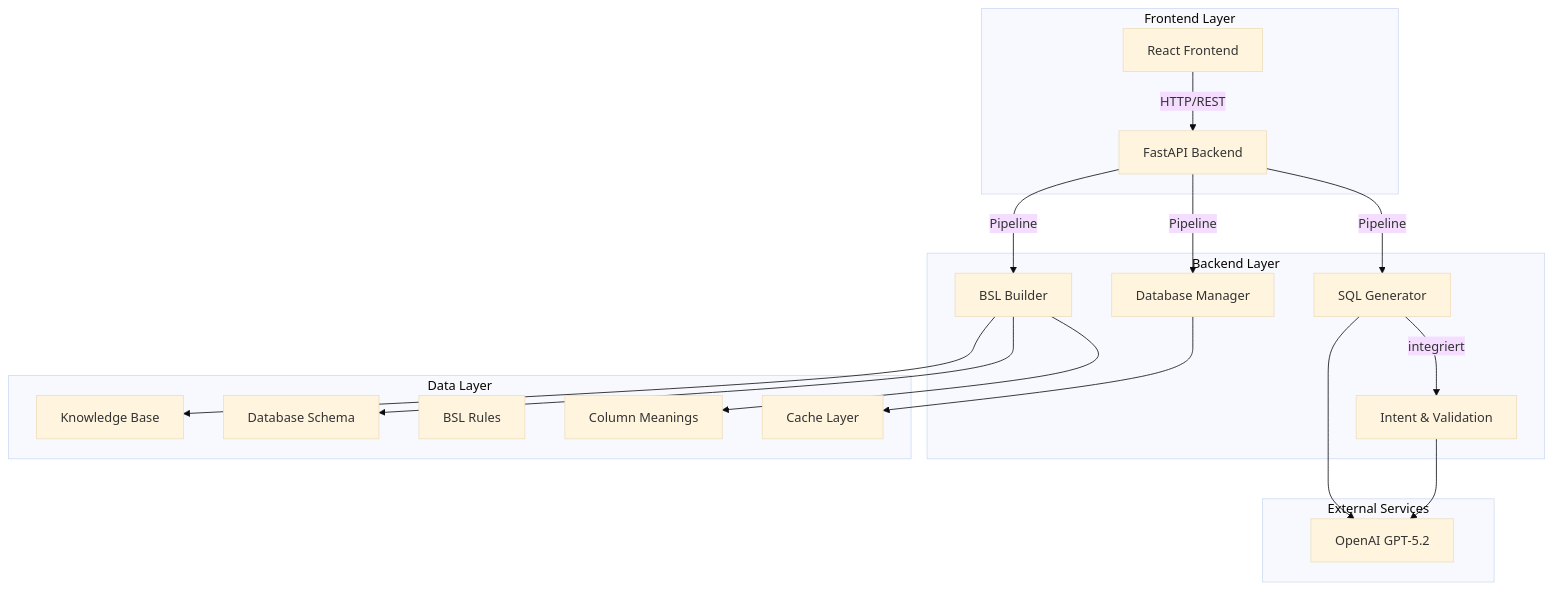
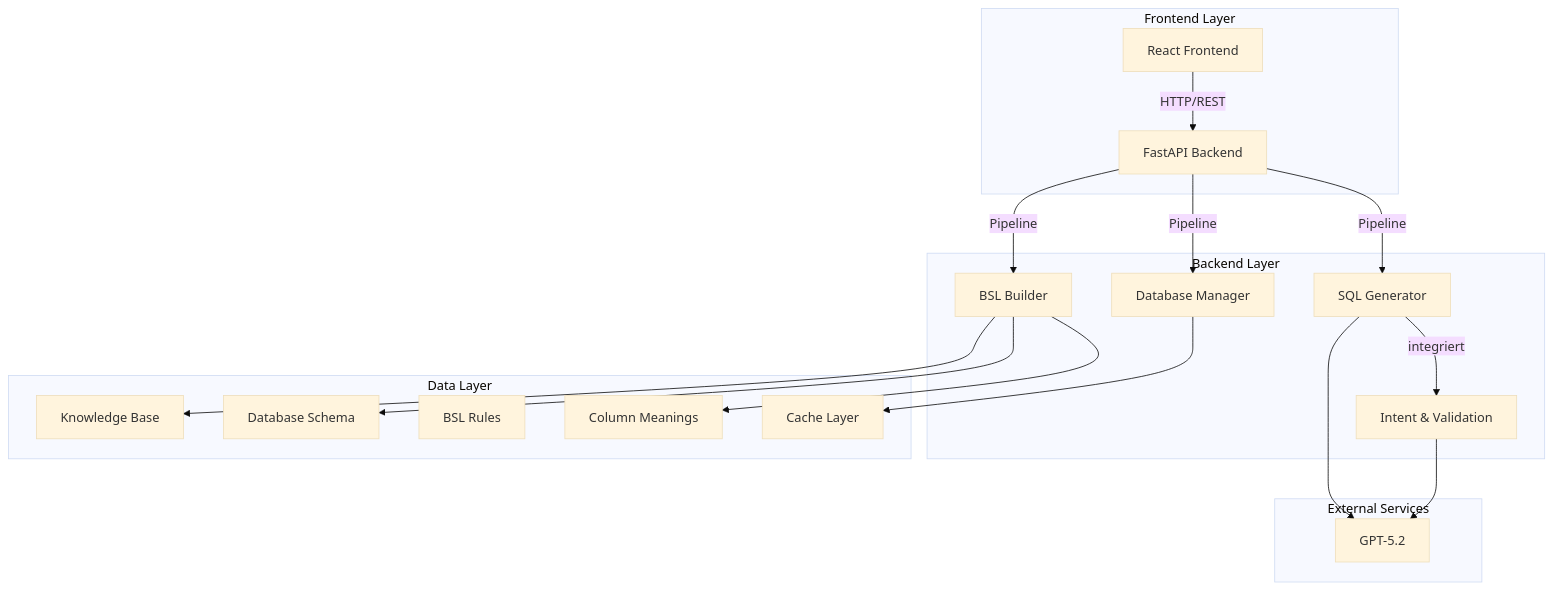
One commit to JoelRai07/Projekt-Vetter-SQL changed the first of 5 diagrams in docs/PROJEKT_ABGABE.md. Above: the diagram before and after it, drawn with Mermaid (base theme). The commit also changed other lines of this file and 2 other files, not shown here.

````diff
--- a/docs/PROJEKT_ABGABE.md
+++ b/docs/PROJEKT_ABGABE.md
@@ -93,33 +93,33 @@
 ```mermaid
 graph TB
     subgraph "Frontend Layer"
         UI[React Frontend]
         UI --> |HTTP/REST| API[FastAPI Backend]
     end
     
     subgraph "Backend Layer"
         API --> |Pipeline| BB[BSL Builder]
         API --> |Pipeline| SG[SQL Generator]
         API --> |Pipeline| DM[Database Manager]
         SG --> |integriert| INT[Intent & Validation]
     end
     
     subgraph "Data Layer"
         KB[Knowledge Base]
         SCHEMA[Database Schema]
         BSL_FILE[BSL Rules]
         MEANINGS[Column Meanings]
         CACHE[Cache Layer]
     end
     
     subgraph "External Services"
-        LLM[OpenAI GPT-5.2]
+        LLM[GPT-5.2]
     end
     
     SG --> LLM
     INT --> LLM
     BB --> KB
     BB --> SCHEMA
     BB --> MEANINGS
     DM --> CACHE
 ```
````
